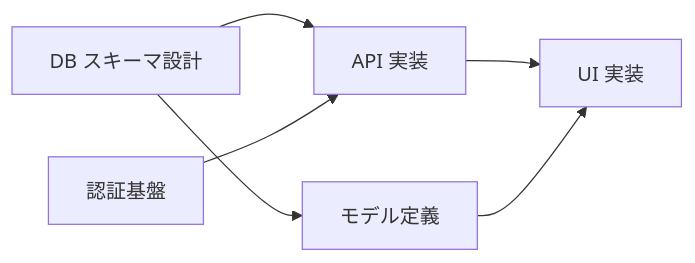
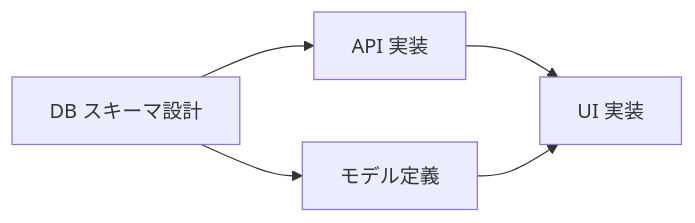
The diagram in skills/learn-se-dependency/SKILL.md (novel-jp/projsight-plugin), drawn with Mermaid before and after one commit. The commit also changed other lines of this file and 7 other files, not shown here.

````diff
--- a/skills/learn-se-dependency/SKILL.md
+++ b/skills/learn-se-dependency/SKILL.md
@@ -65,8 +73,7 @@
 ```mermaid
 graph LR
     A[DB スキーマ設計] --> B[API 実装]
     A --> C[モデル定義]
     B --> D[UI 実装]
     C --> D
-    E[認証基盤] --> B
 ```
````
